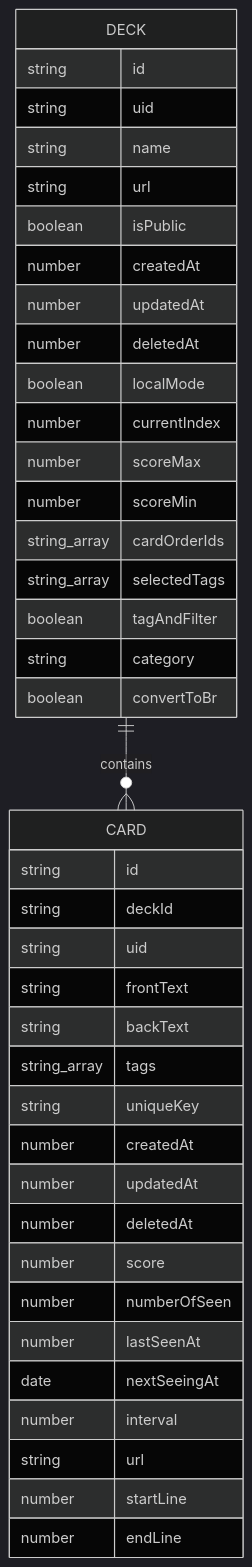
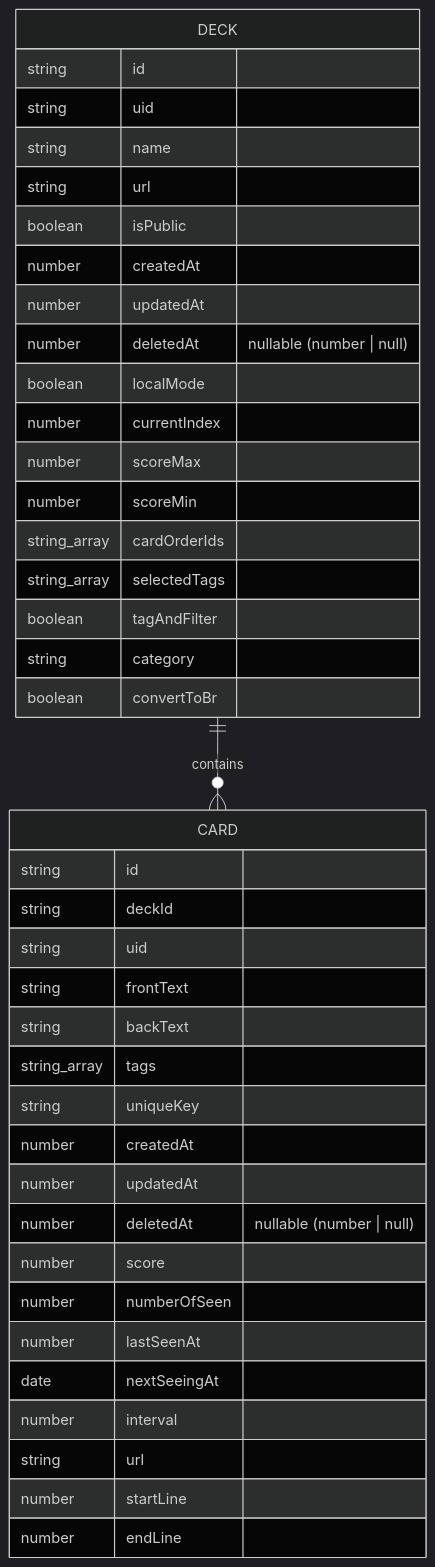
One commit to her0e1c1/tango changed the diagram in docs/summary/er-diagram.md. Above: the diagram before and after it, drawn with Mermaid (dark theme). The commit also changed 1 other file, not shown here.

Commit message:
docs: align summary docs with implementation details

````diff
--- a/docs/summary/er-diagram.md
+++ b/docs/summary/er-diagram.md
@@ -5,45 +5,45 @@
 ```mermaid
 erDiagram
     DECK ||--o{ CARD : contains
 
     DECK {
         string id
         string uid
         string name
         string url
         boolean isPublic
         number createdAt
         number updatedAt
-        number deletedAt
+        number deletedAt "nullable (number | null)"
         boolean localMode
         number currentIndex
         number scoreMax
         number scoreMin
         string_array cardOrderIds
         string_array selectedTags
         boolean tagAndFilter
         string category
         boolean convertToBr
     }
 
     CARD {
         string id
         string deckId
         string uid
         string frontText
         string backText
         string_array tags
         string uniqueKey
         number createdAt
         number updatedAt
-        number deletedAt
+        number deletedAt "nullable (number | null)"
         number score
         number numberOfSeen
         number lastSeenAt
         date nextSeeingAt
         number interval
         string url
         number startLine
         number endLine
     }
 ```
````
